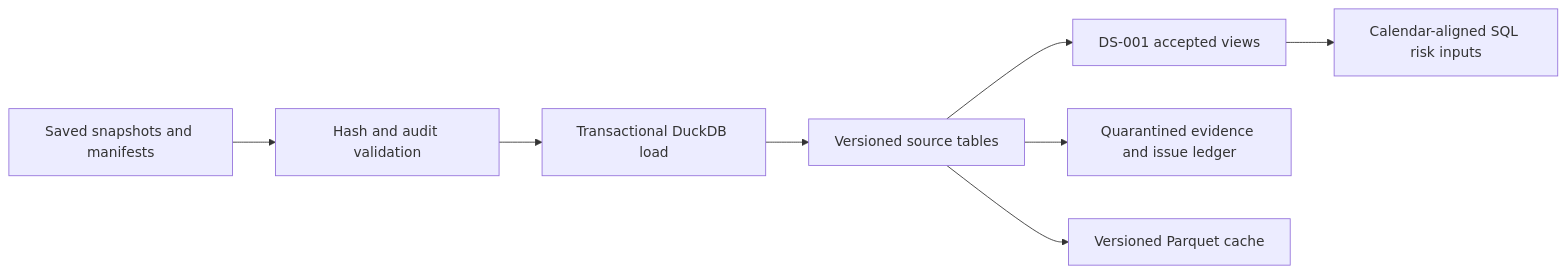
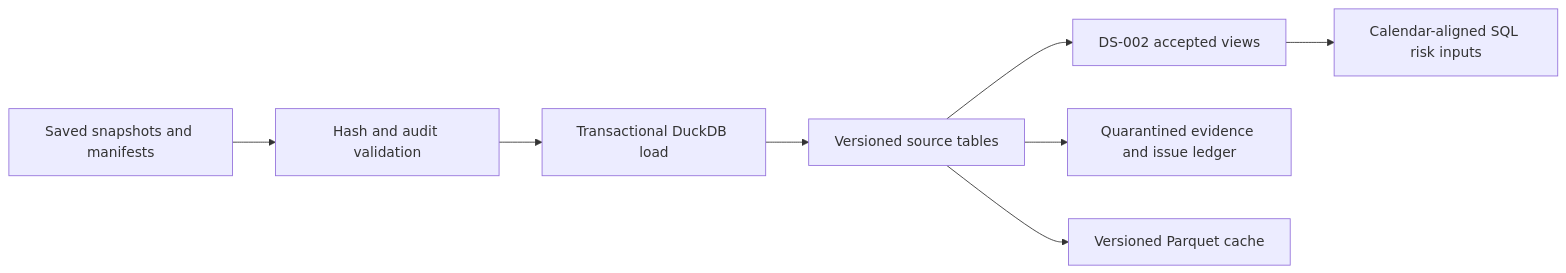
One commit to alisaayz/portfolio-risk changed the diagram in docs/SQL_LAYER.md. Above: the diagram before and after it, drawn with Mermaid. The commit also changed other lines of this file and 22 other files, not shown here.

````diff
--- a/docs/SQL_LAYER.md
+++ b/docs/SQL_LAYER.md
@@ -38,10 +51,10 @@
 ```mermaid
 flowchart LR
     A[Saved snapshots and manifests] --> B[Hash and audit validation]
     B --> C[Transactional DuckDB load]
     C --> D[Versioned source tables]
-    D --> E[DS-001 accepted views]
+    D --> E[DS-002 accepted views]
     D --> F[Quarantined evidence and issue ledger]
     E --> G[Calendar-aligned SQL risk inputs]
     D --> H[Versioned Parquet cache]
 ```
````
